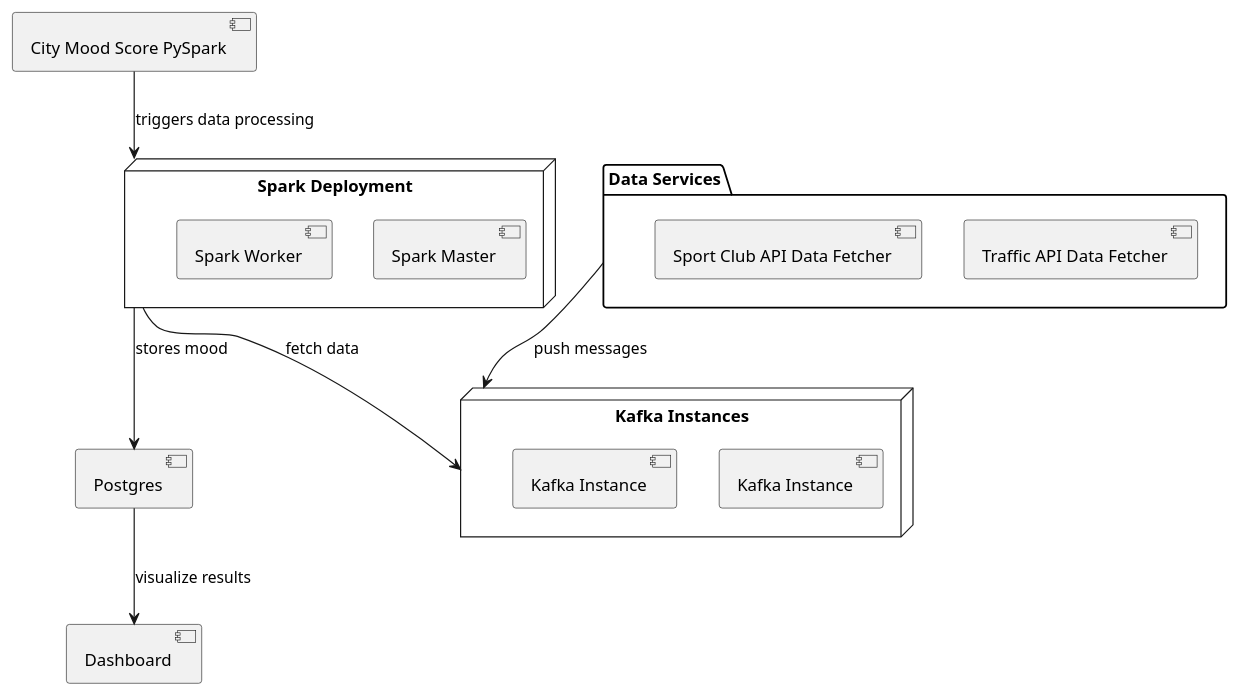
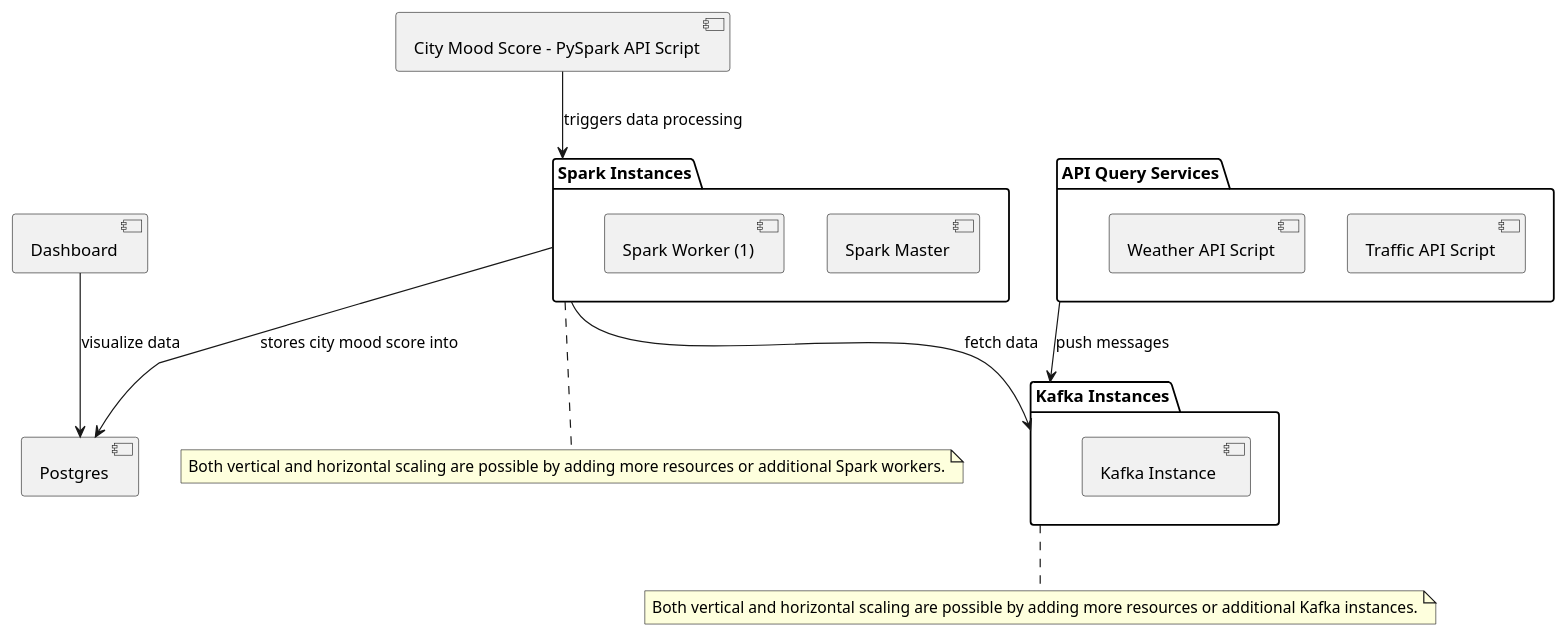
One commit to dustin-ww/City-Mood changed the diagram in doc/architecture.puml. Above: the diagram before and after it, drawn with PlantUML. The commit also changed 2 other files, not shown here.

```diff
--- a/doc/architecture.puml
+++ b/doc/architecture.puml
@@ -1,29 +1,34 @@
 @startuml
-package "Data Services" as data_services {
-component "Traffic API Data Fetcher" as API_fetch_1
-component "Sport Club API Data Fetcher" as API_fetch_2
+package "API Query Services" as data_services {
+component "Traffic API Script" as API_fetch_1
+component "Weather API Script" as API_fetch_2
 }
 
-node "Kafka Instances" as kafka_deployment {
- [Kafka Instance] as k_instance_1
- [Kafka Instance] as k_instance_2
+package "Kafka Instances" as kafka_deployment {
+ [Kafka Instance ] as k_instance_1
 }
 
-node "Spark Deployment" as spark_deployment {
+package "Spark Instances" as spark_deployment {
  [Spark Master] as s_instance_1
- [Spark Worker] as s_instance_2
+ [Spark Worker (1)] as s_instance_2
 }
 
+note bottom of spark_deployment
+    Both vertical and horizontal scaling are possible by adding more resources or additional Spark workers.
+end note
 
+note bottom of kafka_deployment
+  Both vertical and horizontal scaling are possible by adding more resources or additional Kafka instances.
+end note
 
-component "City Mood Score PySpark" as pyspark_1
+component "City Mood Score - PySpark API Script" as pyspark_1
 component "Postgres" as postgres
 component "Dashboard" as dashboard
 
 
 spark_deployment --> kafka_deployment : fetch data
 data_services --> kafka_deployment : push messages
 pyspark_1 --> spark_deployment : triggers data processing
-spark_deployment --> postgres : stores mood
-postgres --> dashboard: visualize results
+spark_deployment --> postgres : stores city mood score into
+dashboard --> postgres: visualize data
 @enduml
```
